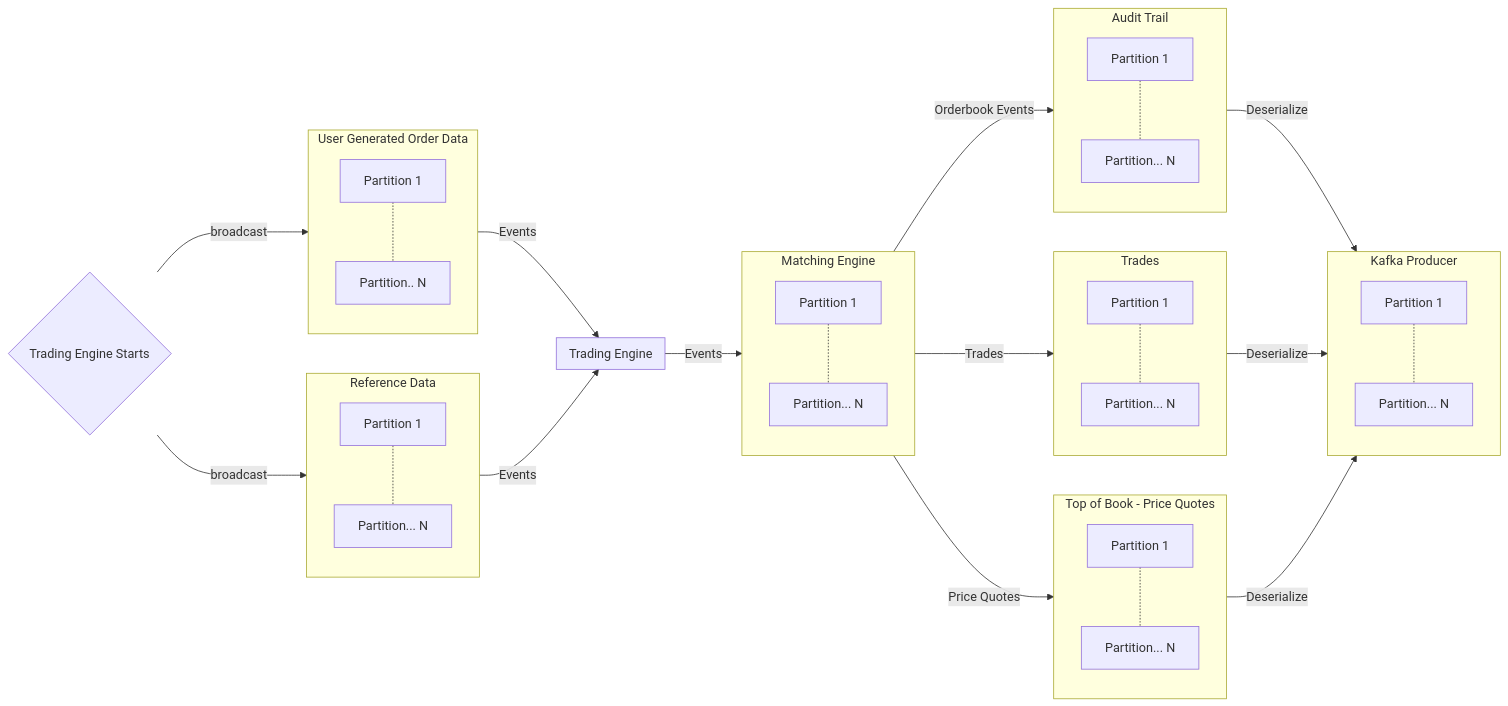
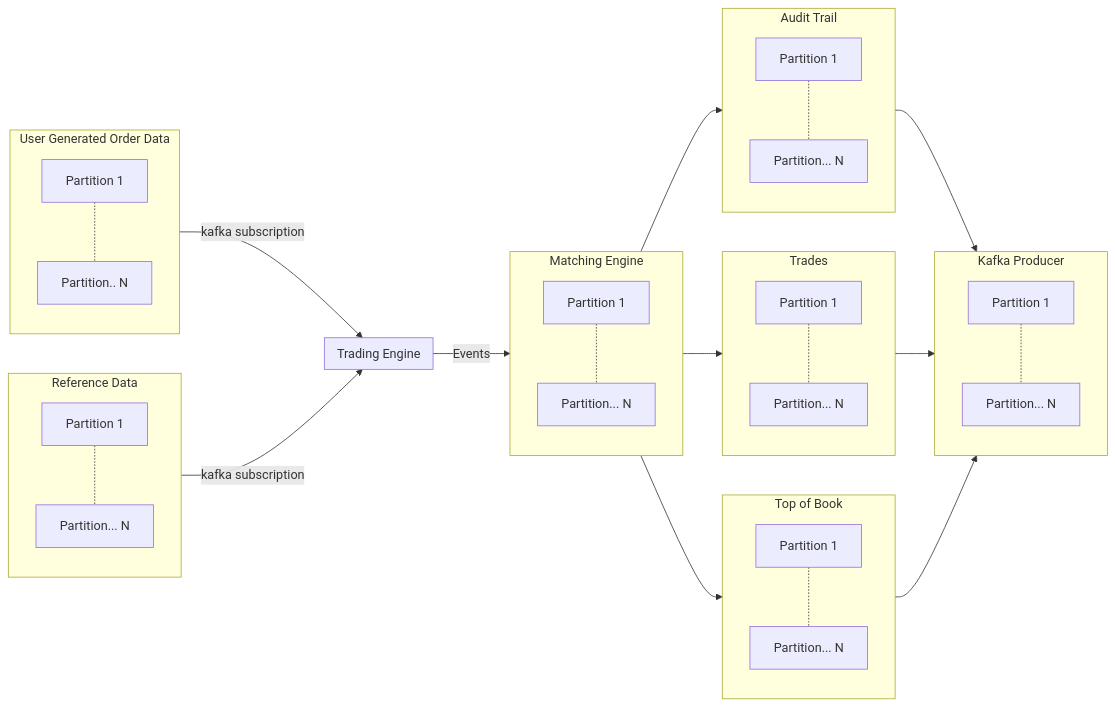
One commit to christopherrons/herron-trading-engine changed the diagram in docs/data-flow.md. Above: the diagram before and after it, drawn with Mermaid.

````diff
--- a/docs/data-flow.md
+++ b/docs/data-flow.md
@@ -11,45 +11,43 @@
 ```mermaid
 flowchart LR;
-TES{Trading Engine Starts} --->|broadcast|BA
-TES{Trading Engine Starts} ---> |broadcast|EXM
 
-subgraph BA[User Generated Order Data]
-BSP1[Partition 1] -.- BSPN[Partition.. N]
+subgraph KAFKA_USER_GENERATED_ORDER_DATA_TOPIC[User Generated Order Data]
+KAFKA_USER_GENERATED_ORDER_DATA_TOPIC_PARTITION_1[Partition 1] -.- KAFKA_USER_GENERATED_ORDER_DATA_TOPIC_PARTITION_N[Partition.. N]
 end
 
-subgraph EXM[Reference Data]
-EXP1[Partition 1] -.- EXP1N[Partition... N]
+subgraph KAFKA_REFERENCE_DATA_TOPIC[Reference Data]
+KAFKA_REFERENCE_DATA_TOPIC_PARTITION_1[Partition 1] -.- KAFKA_REFERENCE_DATA_TOPIC_PARTITION_N[Partition... N]
 end
 
-BA -->|Events|TAE
-EXM -->|Events|TAE
-subgraph TAE[Trading Engine]
+KAFKA_USER_GENERATED_ORDER_DATA_TOPIC -->|kafka subscription|TRADING_ENGINE
+KAFKA_REFERENCE_DATA_TOPIC -->|kafka subscription|TRADING_ENGINE
+subgraph TRADING_ENGINE[Trading Engine]
 end
 
-TAE -->|Events|MAE
-subgraph MAE[Matching Engine]
-MAEP1[Partition 1] -.- MAEPN[Partition... N]
+TRADING_ENGINE -->|Events|MATCHING_ENGINE
+subgraph MATCHING_ENGINE[Matching Engine]
+MATCHING_ENGINE_PARTITION_1[Partition 1] -.- MATCHING_ENGINE_PARTITION_N[Partition... N]
 end
 
-MAE -->|Orderbook Events|AUT
-subgraph AUT[Audit Trail]
-AUTP1[Partition 1] -.- AUTPN[Partition... N]
+MATCHING_ENGINE --> KAFKA_AUDIT_TRAIL
+subgraph KAFKA_AUDIT_TRAIL[Audit Trail]
+KAFKA_AUDIT_TRAIL_PARTITION_1[Partition 1] -.- KAFKA_AUDIT_TRAIL_PARTITION_N[Partition... N]
 end
 
-MAE -->|Price Quotes|TOB
-subgraph TOB[Top of Book - Price Quotes]
-TOBP1[Partition 1] -.- TOBPN[Partition... N]
+MATCHING_ENGINE --> KAFKA_TOP_OF_BOOK
+subgraph KAFKA_TOP_OF_BOOK[Top of Book]
+KAFKA_TOP_OF_BOOK_PARTITION_1[Partition 1] -.- KAFKA_TOP_OF_BOOK_PARTITION_N[Partition... N]
 end
 
-MAE -->|Trades|TR
-subgraph TR[Trades]
-TRP1[Partition 1] -.- TRPN[Partition... N]
+MATCHING_ENGINE --> KAFKA_TRADES
+subgraph KAFKA_TRADES[Trades]
+KAFKA_TRADES_PARTITION_1[Partition 1] -.- KAFKA_TRADES_PARTITION_N[Partition... N]
 end
 
-AUT -->|Deserialize|KP
-TR -->|Deserialize|KP
-TOB -->|Deserialize|KP
-subgraph KP[Kafka Producer]
-KPTP1[Partition 1] -.- KPTPN[Partition... N]
+KAFKA_AUDIT_TRAIL --> KAFKA_PRODUCER
+KAFKA_TRADES --> KAFKA_PRODUCER
+KAFKA_TOP_OF_BOOK --> KAFKA_PRODUCER
+subgraph KAFKA_PRODUCER[Kafka Producer]
+KAFKA_PRODUCER_PARTITION_1[Partition 1] -.- KAFKA_PRODUCER_PARTITION_N[Partition... N]
 end
 ```
````
